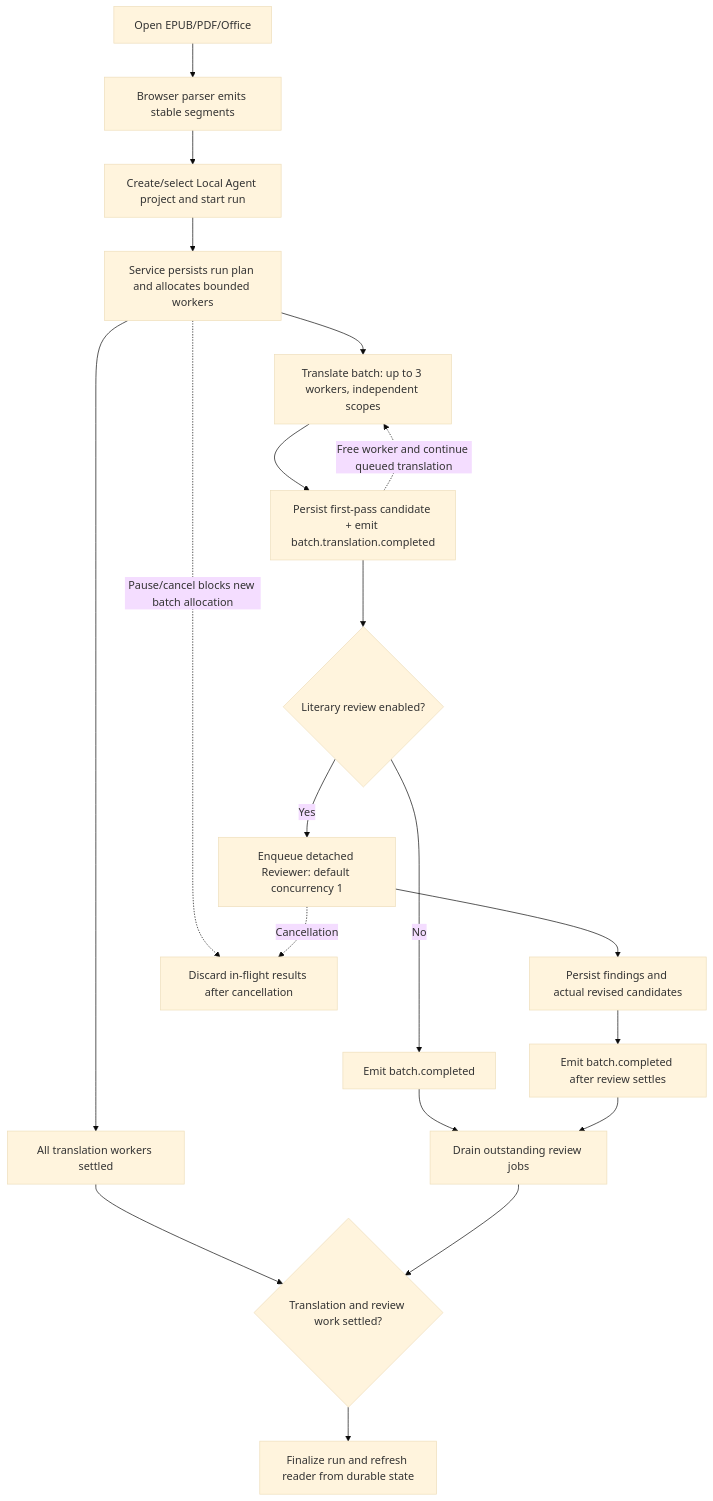
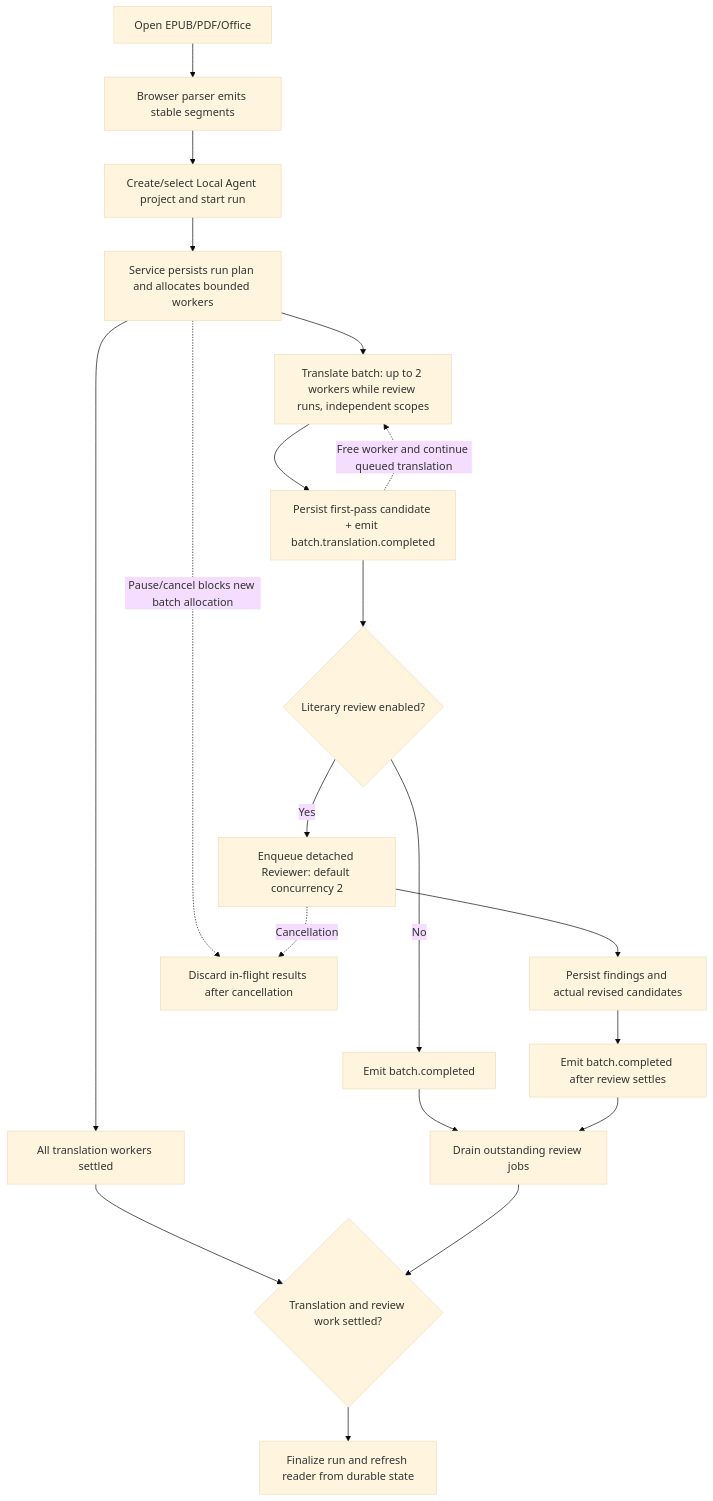
Before and after one commit to saga/fanyi-extension: the fifth of 5 diagrams in README.md, drawn with Mermaid (base theme). The commit also changed other lines of this file, not shown here.

Commit message:
Document pool-aligned translation and review concurrency

````diff
--- a/README.md
+++ b/README.md
@@ -330,22 +330,22 @@
 ```mermaid
 flowchart TD
     A[Open EPUB/PDF/Office] --> B[Browser parser emits stable segments]
     B --> C[Create/select Local Agent project and start run]
     C --> D[Service persists run plan and allocates bounded workers]
-    D --> E[Translate batch: up to 3 workers, independent scopes]
+    D --> E[Translate batch: up to 2 workers while review runs, independent scopes]
     E --> F[Persist first-pass candidate + emit batch.translation.completed]
     F --> G{Literary review enabled?}
     G -- No --> H[Emit batch.completed]
-    G -- Yes --> I[Enqueue detached Reviewer: default concurrency 1]
+    G -- Yes --> I[Enqueue detached Reviewer: default concurrency 2]
     I --> J[Persist findings and actual revised candidates]
     J --> K[Emit batch.completed after review settles]
     F -. Free worker and continue queued translation .-> E
     D --> L[All translation workers settled]
     H --> M[Drain outstanding review jobs]
     K --> M
     L --> N{Translation and review work settled?}
     M --> N
     N --> O[Finalize run and refresh reader from durable state]
     D -. Pause/cancel blocks new batch allocation .-> P[Discard in-flight results after cancellation]
     I -. Cancellation .-> P
 ```
````
